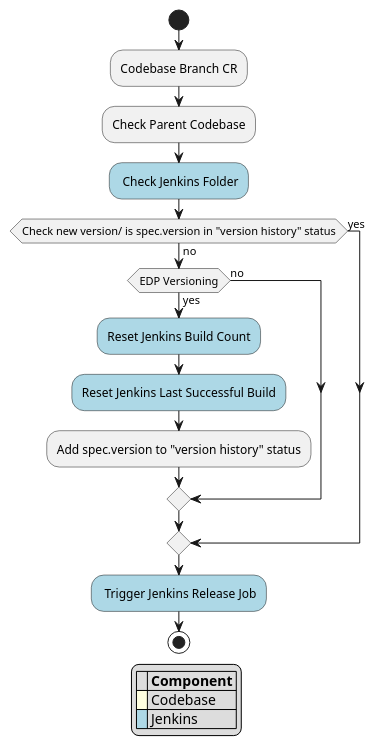
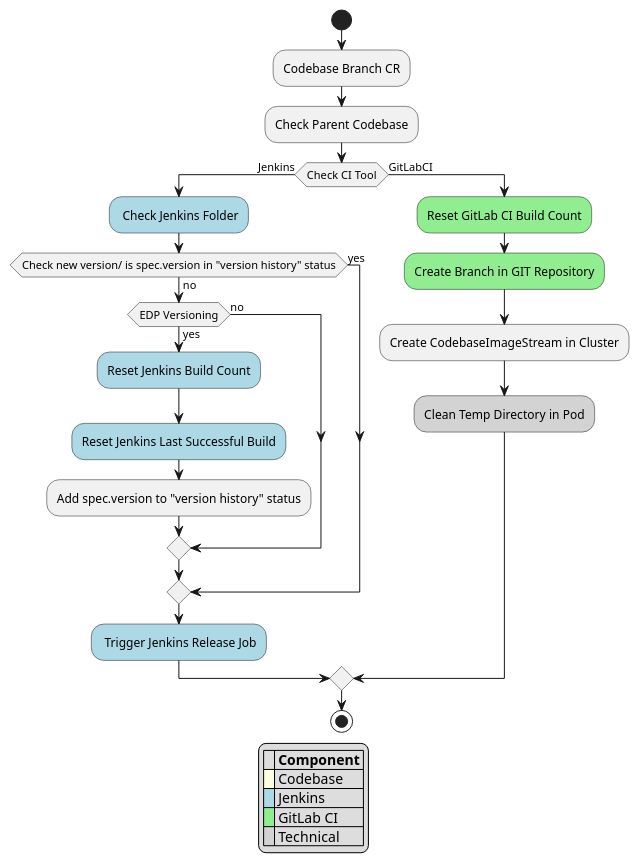
The diagram in documentation/puml/codebase_branch_chain.puml (epam/edp-codebase-operator), drawn with PlantUML before and after one commit. The commit also changed 4 other files, not shown here.

Commit message:
[EPMDEDP-5559]: Add new API to arch diagram; Update doc

```diff
--- a/documentation/puml/codebase_branch_chain.puml
+++ b/documentation/puml/codebase_branch_chain.puml
@@ -1,23 +1,32 @@
 @startuml
 start
 :Codebase Branch CR;
 :Check Parent Codebase;
-#lightblue: Check Jenkins Folder;
-if (Check new version/ is spec.version in "version history" status) then (no)
-    if (EDP Versioning) then (yes)
-        #lightblue:Reset Jenkins Build Count;
-        #lightblue:Reset Jenkins Last Successful Build;
-        :Add spec.version to "version history" status;
-    else (no)
+if (Check CI Tool) then (Jenkins)
+    #lightblue: Check Jenkins Folder;
+    if (Check new version/ is spec.version in "version history" status) then (no)
+        if (EDP Versioning) then (yes)
+            #lightblue:Reset Jenkins Build Count;
+            #lightblue:Reset Jenkins Last Successful Build;
+            :Add spec.version to "version history" status;
+        else (no)
+        endif
+    else (yes)
     endif
-else (yes)
+    #lightblue: Trigger Jenkins Release Job;
+else (GitLabCI)
+     #lightgreen:Reset GitLab CI Build Count;
+     #lightgreen:Create Branch in GIT Repository;
+     :Create CodebaseImageStream in Cluster;
+     #lightgrey:Clean Temp Directory in Pod;
 endif
-#lightblue: Trigger Jenkins Release Job;
 stop
 
 legend
 |= |= Component |
 |<back:#lightyellow>   </back>| Codebase |
 |<back:#lightblue>   </back>| Jenkins |
+|<back:#lightgreen>   </back>| GitLab CI |
+|<back:#lightgrey>   </back>| Technical  |
 endlegend
 @enduml
```
